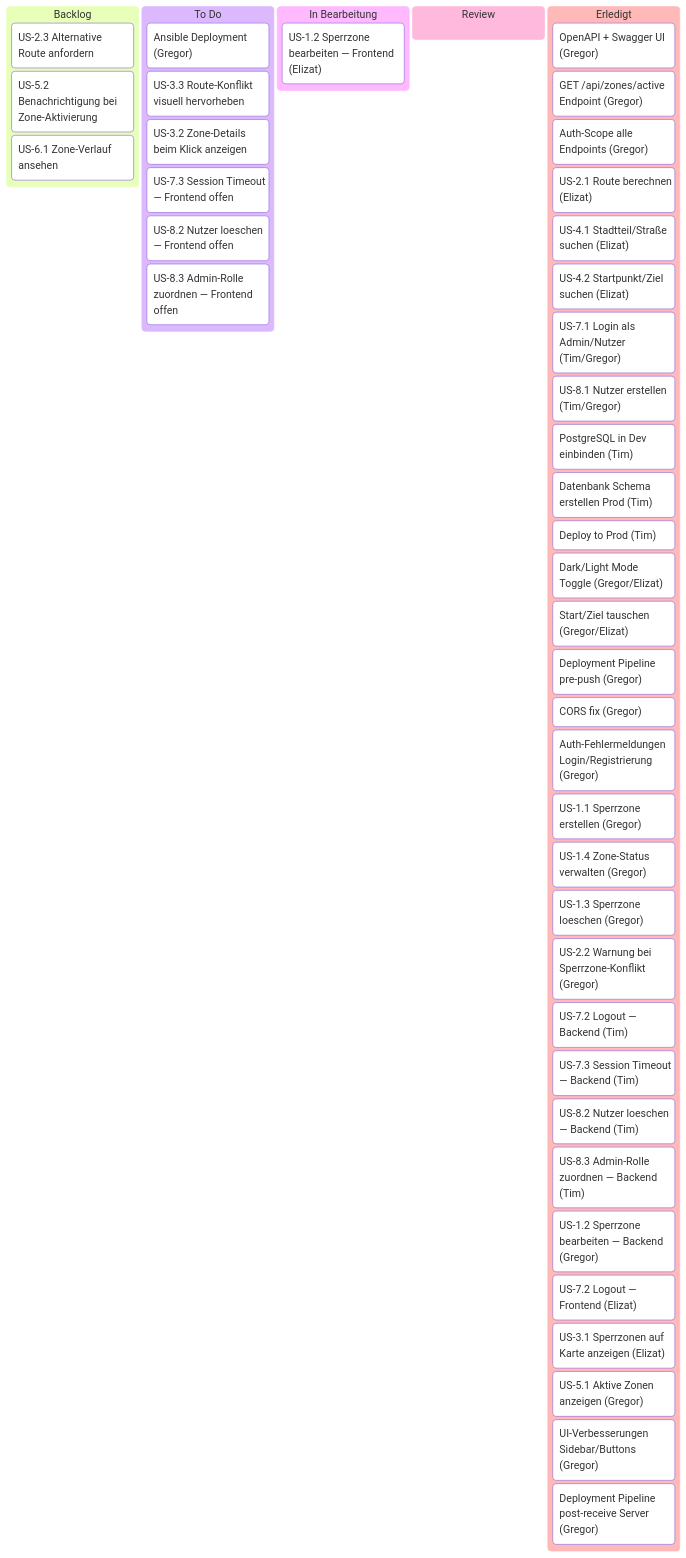
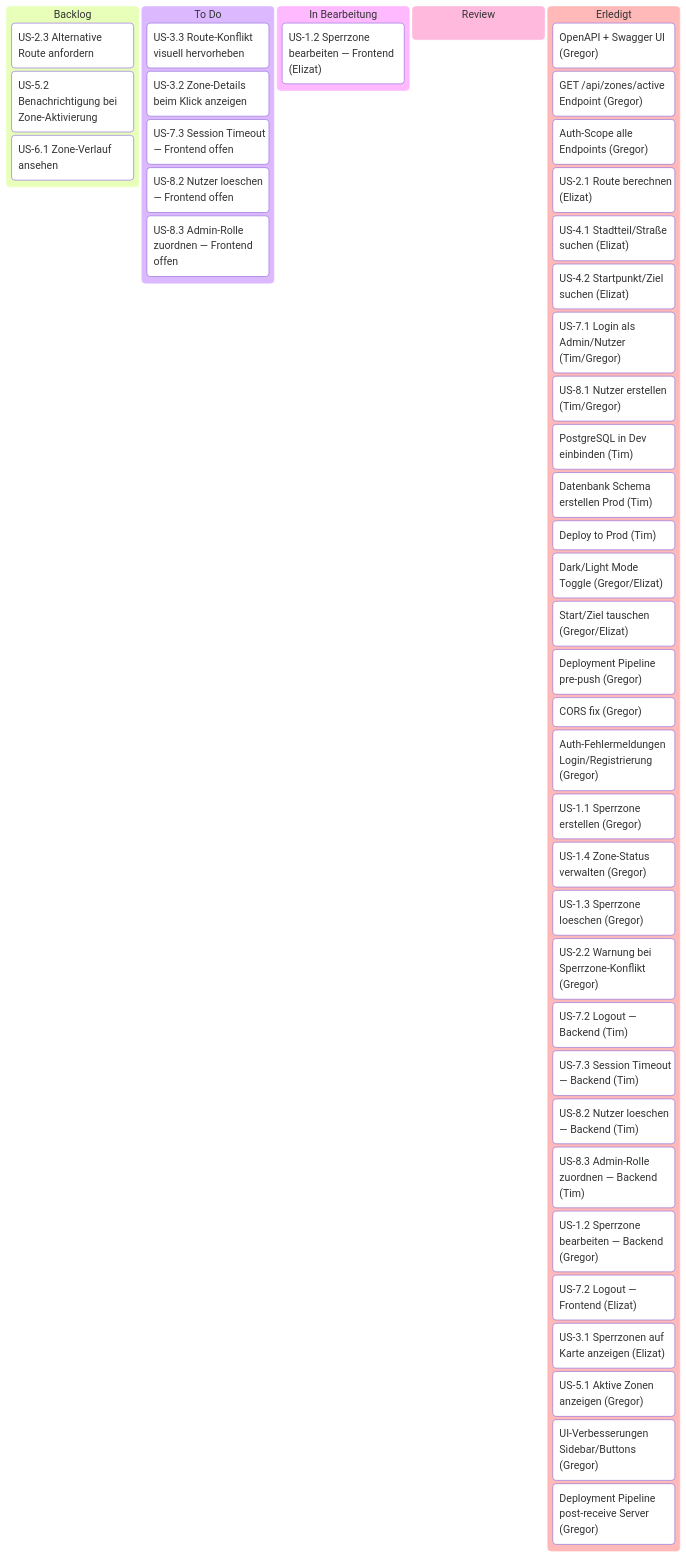
The diagram in docs/project/PLAN.md (g8rdier/urban-flow-governance), drawn with Mermaid before and after one commit.

Commit message:
docs: move deployment to done, rename to post-receive

````diff
--- a/docs/project/PLAN.md
+++ b/docs/project/PLAN.md
@@ -15,57 +15,56 @@
 ```mermaid
 ---
 config:
   kanban:
     ticketBaseUrl: ''
 ---
 kanban
   Backlog
     b1[US-2.3 Alternative Route anfordern]
     b3[US-5.2 Benachrichtigung bei Zone-Aktivierung]
     b4[US-6.1 Zone-Verlauf ansehen]
 
   ToDo[To Do]
-    t0["Ansible Deployment (Gregor)"]
     t2[US-3.3 Route-Konflikt visuell hervorheben]
     t3[US-3.2 Zone-Details beim Klick anzeigen]
     t5["US-7.3 Session Timeout — Frontend offen"]
     t6["US-8.2 Nutzer loeschen — Frontend offen"]
     t7["US-8.3 Admin-Rolle zuordnen — Frontend offen"]
 
   InProgress[In Bearbeitung]
     i1["US-1.2 Sperrzone bearbeiten — Frontend (Elizat)"]
 
   Review
 
   Erledigt
     d1["OpenAPI + Swagger UI (Gregor)"]
     d2["GET /api/zones/active Endpoint (Gregor)"]
     d3["Auth-Scope alle Endpoints (Gregor)"]
     d4["US-2.1 Route berechnen (Elizat)"]
     d5["US-4.1 Stadtteil/Straße suchen (Elizat)"]
     d6["US-4.2 Startpunkt/Ziel suchen (Elizat)"]
     r4["US-7.1 Login als Admin/Nutzer (Tim/Gregor)"]
     r7["US-8.1 Nutzer erstellen (Tim/Gregor)"]
     p5["PostgreSQL in Dev einbinden (Tim)"]
     t7["Datenbank Schema erstellen Prod (Tim)"]
     t8["Deploy to Prod (Tim)"]
     d7["Dark/Light Mode Toggle (Gregor/Elizat)"]
     d8["Start/Ziel tauschen (Gregor/Elizat)"]
     d9["Deployment Pipeline pre-push (Gregor)"]
     d10["CORS fix (Gregor)"]
     d11["Auth-Fehlermeldungen Login/Registrierung (Gregor)"]
     p1["US-1.1 Sperrzone erstellen (Gregor)"]
     p2["US-1.4 Zone-Status verwalten (Gregor)"]
     r2["US-1.3 Sperrzone loeschen (Gregor)"]
     r3["US-2.2 Warnung bei Sperrzone-Konflikt (Gregor)"]
     e1["US-7.2 Logout — Backend (Tim)"]
     e2["US-7.3 Session Timeout — Backend (Tim)"]
     e3["US-8.2 Nutzer loeschen — Backend (Tim)"]
     e4["US-8.3 Admin-Rolle zuordnen — Backend (Tim)"]
     e5["US-1.2 Sperrzone bearbeiten — Backend (Gregor)"]
     e6["US-7.2 Logout — Frontend (Elizat)"]
     e7["US-3.1 Sperrzonen auf Karte anzeigen (Elizat)"]
     e8["US-5.1 Aktive Zonen anzeigen (Gregor)"]
     e9["UI-Verbesserungen Sidebar/Buttons (Gregor)"]
     e10["Deployment Pipeline post-receive Server (Gregor)"]
 ```
````
